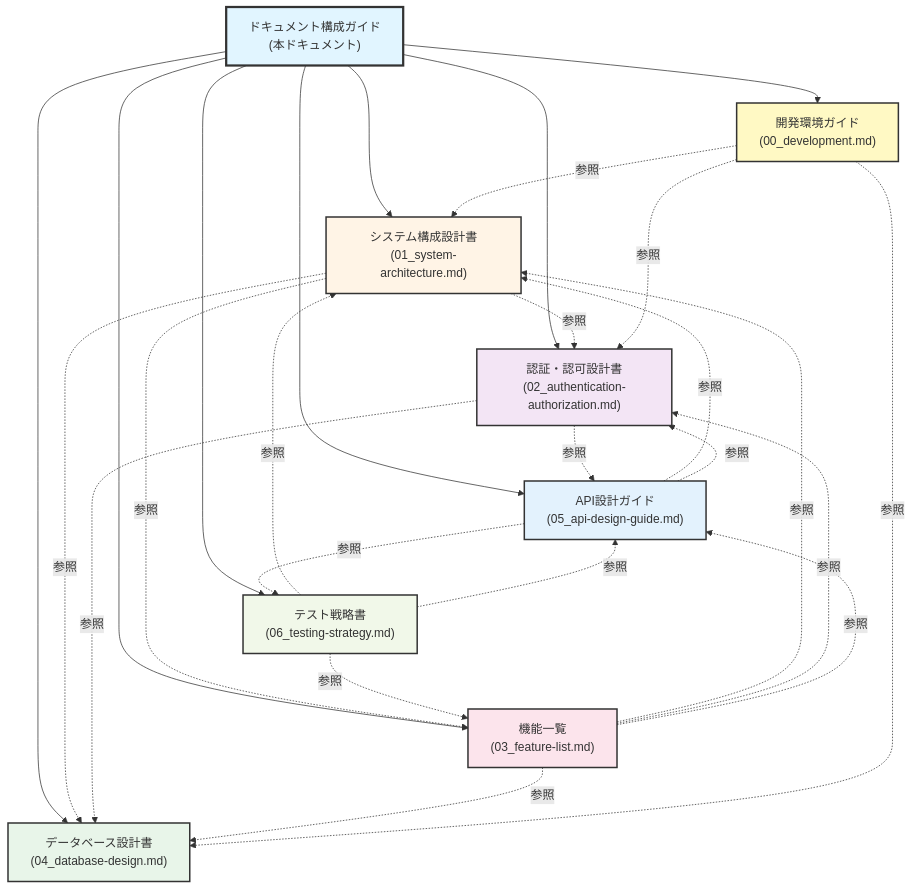
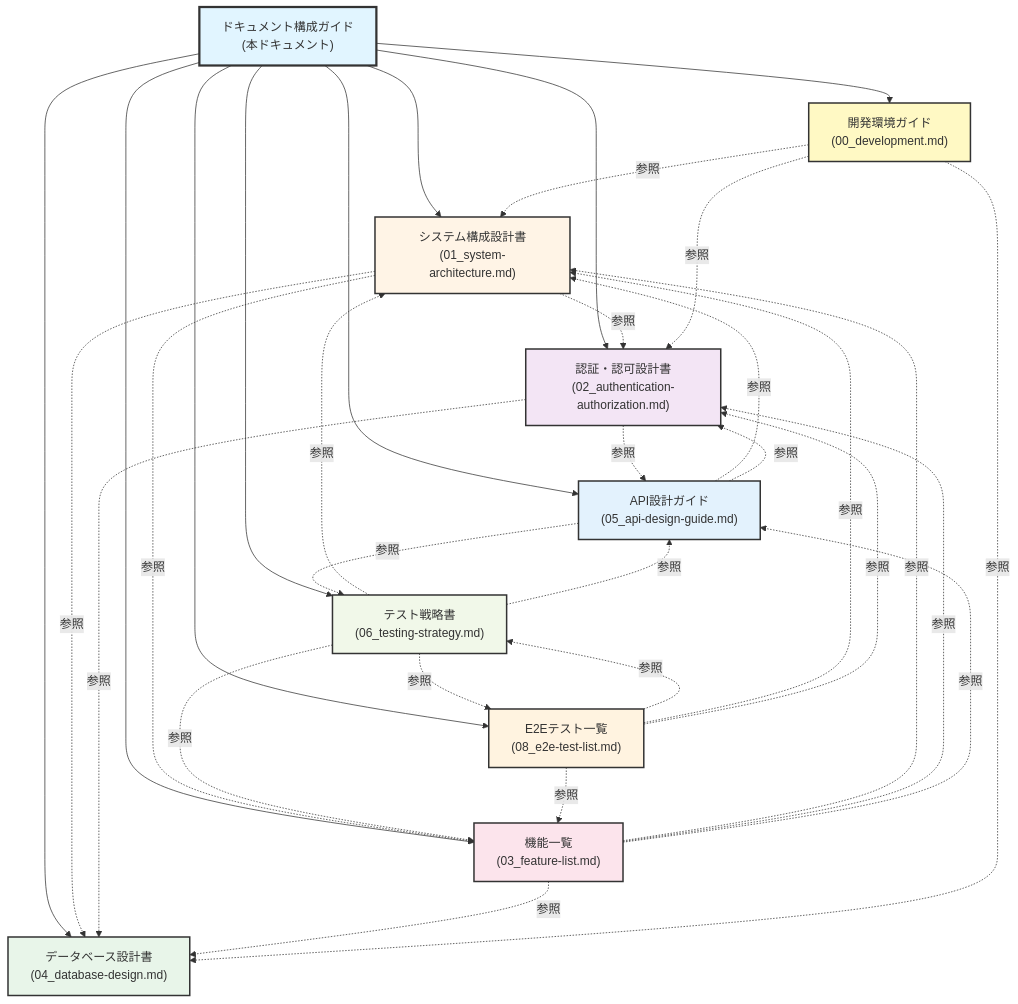
The diagram in docs/07_documentation-guide.md (TomokiIshimine/fullstack-app-with-claude), drawn with Mermaid before and after one commit. The commit also changed other lines of this file and 2 other files, not shown here.

First line of the commit message:
docs(root): E2Eテスト一覧ドキュメント(08_e2e-test-list.md)を追加

````diff
--- a/docs/07_documentation-guide.md
+++ b/docs/07_documentation-guide.md
@@ -35,45 +35,53 @@
 ```mermaid
 graph TB
     DG["ドキュメント構成ガイド<br/>(本ドキュメント)"]
 
     DG --> SA["システム構成設計書<br/>(01_system-architecture.md)"]
     DG --> DB["データベース設計書<br/>(04_database-design.md)"]
     DG --> AA["認証・認可設計書<br/>(02_authentication-authorization.md)"]
     DG --> API["API設計ガイド<br/>(05_api-design-guide.md)"]
     DG --> FL["機能一覧<br/>(03_feature-list.md)"]
     DG --> TEST["テスト戦略書<br/>(06_testing-strategy.md)"]
+    DG --> E2E["E2Eテスト一覧<br/>(08_e2e-test-list.md)"]
     DG --> DEV["開発環境ガイド<br/>(00_development.md)"]
 
     SA -.参照.-> DB
     SA -.参照.-> AA
     SA -.参照.-> FL
 
     AA -.参照.-> DB
     AA -.参照.-> API
 
     API -.参照.-> SA
     API -.参照.-> AA
     API -.参照.-> TEST
 
     FL -.参照.-> SA
     FL -.参照.-> DB
     FL -.参照.-> AA
     FL -.参照.-> API
 
     TEST -.参照.-> SA
     TEST -.参照.-> API
     TEST -.参照.-> FL
+    TEST -.参照.-> E2E
+
+    E2E -.参照.-> TEST
+    E2E -.参照.-> FL
+    E2E -.参照.-> SA
+    E2E -.参照.-> AA
 
     DEV -.参照.-> SA
     DEV -.参照.-> DB
     DEV -.参照.-> AA
 
     style DG fill:#e1f5ff,stroke:#333,stroke-width:3px
     style SA fill:#fff4e6,stroke:#333,stroke-width:2px
     style DB fill:#e8f5e9,stroke:#333,stroke-width:2px
     style AA fill:#f3e5f5,stroke:#333,stroke-width:2px
     style API fill:#e3f2fd,stroke:#333,stroke-width:2px
     style FL fill:#fce4ec,stroke:#333,stroke-width:2px
     style TEST fill:#f1f8e9,stroke:#333,stroke-width:2px
+    style E2E fill:#fff3e0,stroke:#333,stroke-width:2px
     style DEV fill:#fff9c4,stroke:#333,stroke-width:2px
 ```
````
